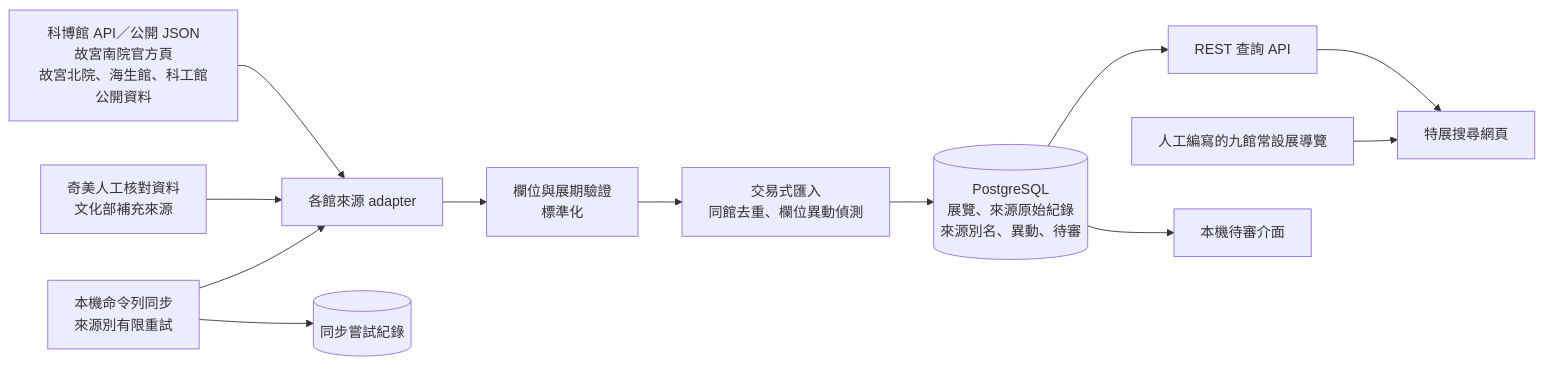
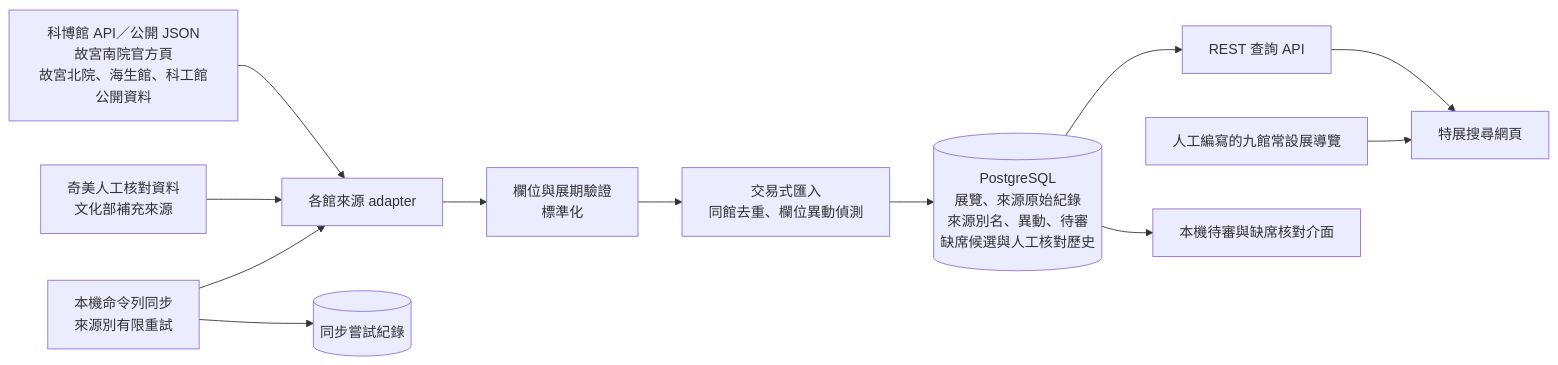
One commit to AndyLinStrongtyping/event-radar changed the diagram in docs/architecture.md. Above: the diagram before and after it, drawn with Mermaid. The commit also changed other lines of this file and 13 other files, not shown here.

````diff
--- a/docs/architecture.md
+++ b/docs/architecture.md
@@ -7,14 +7,14 @@
 ```mermaid
 flowchart LR
     A["科博館 API／公開 JSON<br/>故宮南院官方頁<br/>故宮北院、海生館、科工館公開資料"] --> B["各館來源 adapter"]
     C["奇美人工核對資料<br/>文化部補充來源"] --> B
     B --> D["欄位與展期驗證<br/>標準化"]
     D --> E["交易式匯入<br/>同館去重、欄位異動偵測"]
-    E --> F[("PostgreSQL<br/>展覽、來源原始紀錄<br/>來源別名、異動、待審")]
+    E --> F[("PostgreSQL<br/>展覽、來源原始紀錄<br/>來源別名、異動、待審<br/>缺席候選與人工核對歷史")]
     G["本機命令列同步<br/>來源別有限重試"] --> B
     G --> H[("同步嘗試紀錄")]
     F --> I["REST 查詢 API"]
     I --> J["特展搜尋網頁"]
     K["人工編寫的九館常設展導覽"] --> J
-    F --> L["本機待審介面"]
+    F --> L["本機待審與缺席核對介面"]
 ```
````
